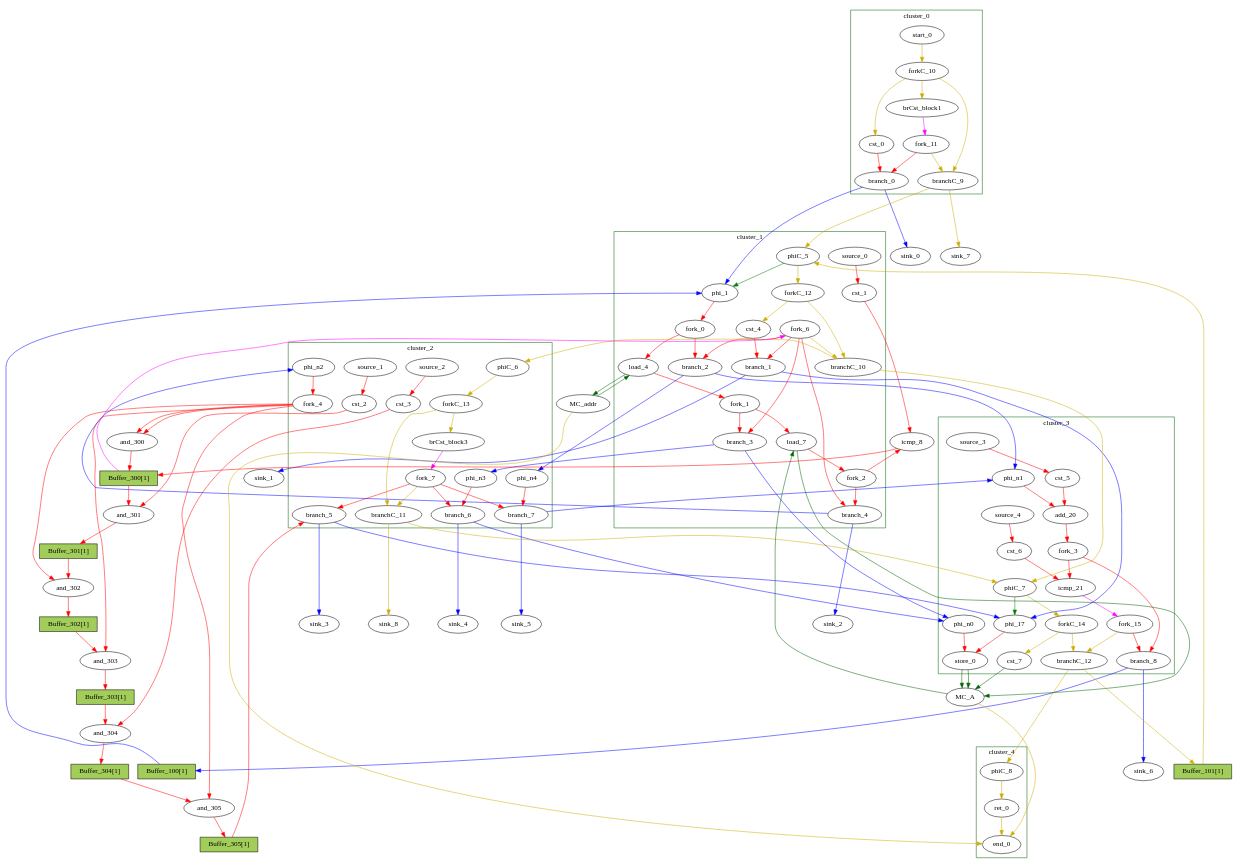
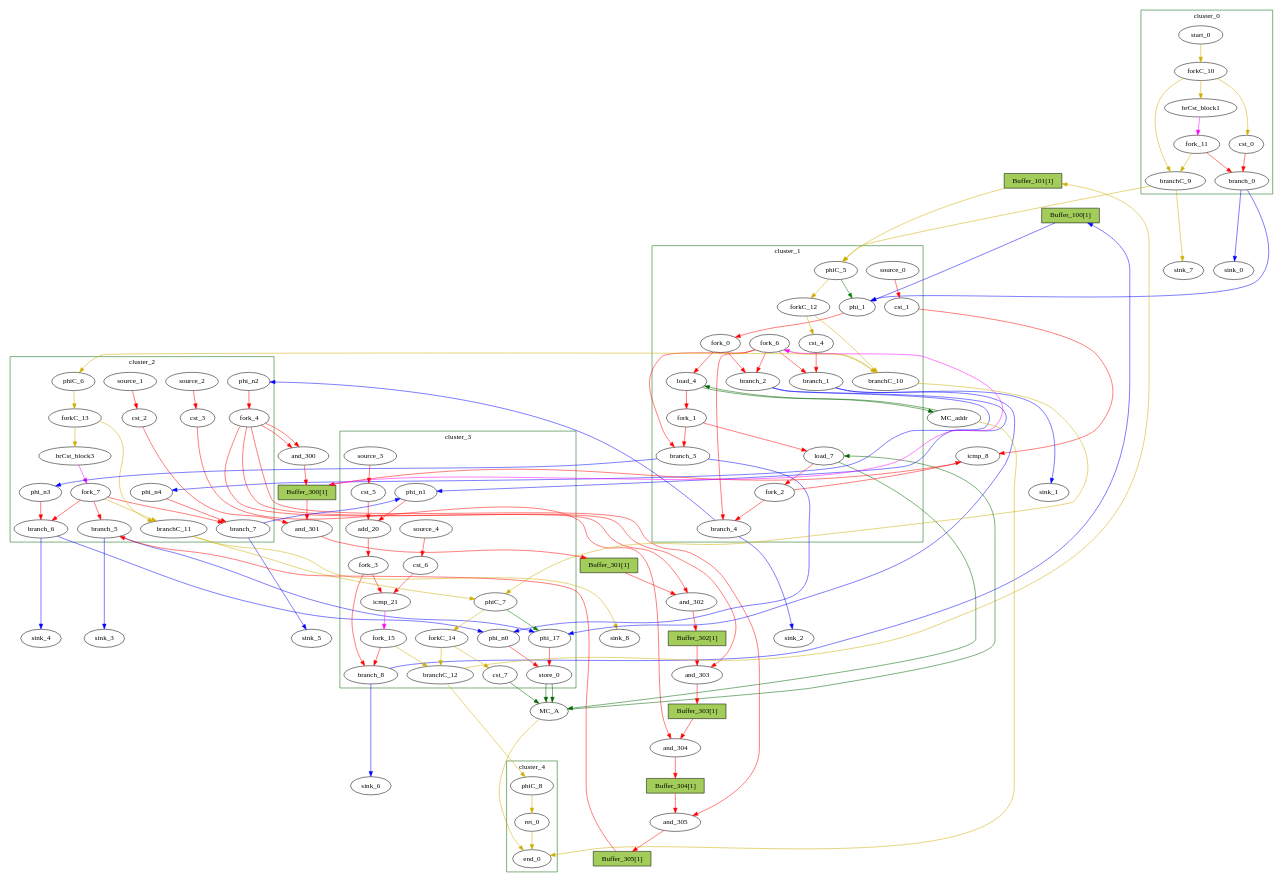
Before and after one commit to Nozidoali/MapBuf: the diagram in RegressionTest/Examples/getTanh/reports/getTanh_decoy.dot, drawn with Graphviz. The commit also changed other lines of this file and 154 other files, not shown here.

```diff
--- a/RegressionTest/Examples/getTanh/reports/getTanh_decoy.dot
+++ b/RegressionTest/Examples/getTanh/reports/getTanh_decoy.dot
@@ -1,25 +1,15 @@
 Digraph G {
 	splines=spline;
-	subgraph cluster_cluster_3 {
+	subgraph cluster_cluster_0 {
 	color = "darkgreen";
-label = "cluster_3";
-		"phi_17" [type="Mux", in="in1?:1 in2:32 in3:32 ", out="out1:32", bbID=4, delay=1.397];
-		"store_0" [type="Operator", in="in1:32 in2:32 ", out="out1:32 out2:32 ", bbID=4, II=1, delay=0.672, latency=0, op="mc_store_op", portId=0];
-		"cst_5" [type="Constant", in="in1:1", out="out1:1", bbID=4, value="0x00000001"];
-		"add_20" [type="Operator", in="in1:10 in2:10 ", out="out1:10 ", bbID=4, II=1, delay=2.287, latency=0, op="add_op"];
-		"cst_6" [type="Constant", in="in1:10", out="out1:10", bbID=4, value="0x000003E8"];
-		"icmp_21" [type="Operator", in="in1:10 in2:10 ", out="out1:1 ", bbID=4, II=1, delay=1.907, latency=0, op="icmp_ult_op"];
-		"phi_n0" [type="Merge", in="in1:32 in2:32 ", out="out1:32", bbID=4, delay=1.397];
-		"phi_n1" [type="Merge", in="in1:10 in2:10 ", out="out1:10", bbID=4, delay=1.397];
-		"fork_3" [type="Fork", in="in1:10", out="out1:10 out2:10 ", bbID=4];
-		"branch_8" [type="Branch", in="in1:10 in2?:1", out="out1+:10 out2-:10", bbID=4];
-		"cst_7" [type="Constant", in="in1:1", out="out1:1", bbID=4, value="0x00000001"];
-		"phiC_7" [type="CntrlMerge", in="in1:0 in2:0 ", out="out1:0 out2?:1", bbID=4, delay=0.0];
-		"forkC_14" [type="Fork", in="in1:0", out="out1:0 out2:0 ", bbID=4];
-		"branchC_12" [type="Branch", in="in1:0 in2?:1", out="out1+:0 out2-:0", bbID=4];
-		"fork_15" [type="Fork", in="in1:1", out="out1:1 out2:1 ", bbID=4];
-		"source_3" [type="Source", out="out1:1", bbID=4];
-		"source_4" [type="Source", out="out1:10", bbID=4];
+label = "cluster_0";
+		"brCst_block1" [type="Constant", in="in1:1", out="out1:1", bbID=1, value="0x1"];
+		"cst_0" [type="Constant", in="in1:1", out="out1:1", bbID=1, value="0x00000000"];
+		"branch_0" [type="Branch", in="in1:1 in2?:1", out="out1+:1 out2-:1", bbID=1];
+		"start_0" [type="Entry", in="in1:0", out="out1:0", bbID=1, control="true"];
+		"forkC_10" [type="Fork", in="in1:0", out="out1:0 out2:0 out3:0 ", bbID=1];
+		"branchC_9" [type="Branch", in="in1:0 in2?:1", out="out1+:0 out2-:0", bbID=1];
+		"fork_11" [type="Fork", in="in1:1", out="out1:1 out2:1 ", bbID=1];
 	}
 	subgraph cluster_cluster_2 {
 	color = "darkgreen";
@@ -40,13 +30,6 @@
 		"branchC_11" [type="Branch", in="in1:0 in2?:1", out="out1+:0 out2-:0", bbID=3];
 		"source_1" [type="Source", out="out1:32", bbID=3];
 		"source_2" [type="Source", out="out1:32", bbID=3];
-	}
-	subgraph cluster_cluster_4 {
-	color = "darkgreen";
-label = "cluster_4";
-		"ret_0" [type="Operator", in="in1:0 ", out="out1:0 ", bbID=5, II=1, delay=0.0, latency=0, op="ret_op"];
-		"end_0" [type="Exit", in="in1:0*e in2:0*e in3:0 ", out="out1:0", bbID=0];
-		"phiC_8" [type="Merge", in="in1:0 ", out="out1:0", bbID=5, delay=0.0];
 	}
 	subgraph cluster_cluster_1 {
 	color = "darkgreen";
@@ -69,16 +52,33 @@
 		"branchC_10" [type="Branch", in="in1:0 in2?:1", out="out1+:0 out2-:0", bbID=2];
 		"source_0" [type="Source", out="out1:32", bbID=2];
 	}
-	subgraph cluster_cluster_0 {
+	subgraph cluster_cluster_4 {
 	color = "darkgreen";
-label = "cluster_0";
-		"brCst_block1" [type="Constant", in="in1:1", out="out1:1", bbID=1, value="0x1"];
-		"cst_0" [type="Constant", in="in1:1", out="out1:1", bbID=1, value="0x00000000"];
-		"branch_0" [type="Branch", in="in1:1 in2?:1", out="out1+:1 out2-:1", bbID=1];
-		"start_0" [type="Entry", in="in1:0", out="out1:0", bbID=1, control="true"];
-		"forkC_10" [type="Fork", in="in1:0", out="out1:0 out2:0 out3:0 ", bbID=1];
-		"branchC_9" [type="Branch", in="in1:0 in2?:1", out="out1+:0 out2-:0", bbID=1];
-		"fork_11" [type="Fork", in="in1:1", out="out1:1 out2:1 ", bbID=1];
+label = "cluster_4";
+		"ret_0" [type="Operator", in="in1:0 ", out="out1:0 ", bbID=5, II=1, delay=0.0, latency=0, op="ret_op"];
+		"end_0" [type="Exit", in="in1:0*e in2:0*e in3:0 ", out="out1:0", bbID=0];
+		"phiC_8" [type="Merge", in="in1:0 ", out="out1:0", bbID=5, delay=0.0];
+	}
+	subgraph cluster_cluster_3 {
+	color = "darkgreen";
+label = "cluster_3";
+		"phi_17" [type="Mux", in="in1?:1 in2:32 in3:32 ", out="out1:32", bbID=4, delay=1.397];
+		"store_0" [type="Operator", in="in1:32 in2:32 ", out="out1:32 out2:32 ", bbID=4, II=1, delay=0.672, latency=0, op="mc_store_op", portId=0];
+		"cst_5" [type="Constant", in="in1:1", out="out1:1", bbID=4, value="0x00000001"];
+		"add_20" [type="Operator", in="in1:10 in2:10 ", out="out1:10 ", bbID=4, II=1, delay=2.287, latency=0, op="add_op"];
+		"cst_6" [type="Constant", in="in1:10", out="out1:10", bbID=4, value="0x000003E8"];
+		"icmp_21" [type="Operator", in="in1:10 in2:10 ", out="out1:1 ", bbID=4, II=1, delay=1.907, latency=0, op="icmp_ult_op"];
+		"phi_n0" [type="Merge", in="in1:32 in2:32 ", out="out1:32", bbID=4, delay=1.397];
+		"phi_n1" [type="Merge", in="in1:10 in2:10 ", out="out1:10", bbID=4, delay=1.397];
+		"fork_3" [type="Fork", in="in1:10", out="out1:10 out2:10 ", bbID=4];
+		"branch_8" [type="Branch", in="in1:10 in2?:1", out="out1+:10 out2-:10", bbID=4];
+		"cst_7" [type="Constant", in="in1:1", out="out1:1", bbID=4, value="0x00000001"];
+		"phiC_7" [type="CntrlMerge", in="in1:0 in2:0 ", out="out1:0 out2?:1", bbID=4, delay=0.0];
+		"forkC_14" [type="Fork", in="in1:0", out="out1:0 out2:0 ", bbID=4];
+		"branchC_12" [type="Branch", in="in1:0 in2?:1", out="out1+:0 out2-:0", bbID=4];
+		"fork_15" [type="Fork", in="in1:1", out="out1:1 out2:1 ", bbID=4];
+		"source_3" [type="Source", out="out1:1", bbID=4];
+		"source_4" [type="Source", out="out1:10", bbID=4];
 	}
 		"MC_addr" [type="MC", in="in1:10*l0a ", out="out1:32*l0d out2:0*e ", bbID=0, bbcount=0, ldcount=1, memory="addr", stcount=0];
 		"MC_A" [type="MC", in="in1:32*c0 in2:32*l0a in3:32*s0a in4:32*s0d ", out="out1:32*l0d out2:0*e ", bbID=0, bbcount=1, ldcount=1, memory="A", stcount=1];
```
